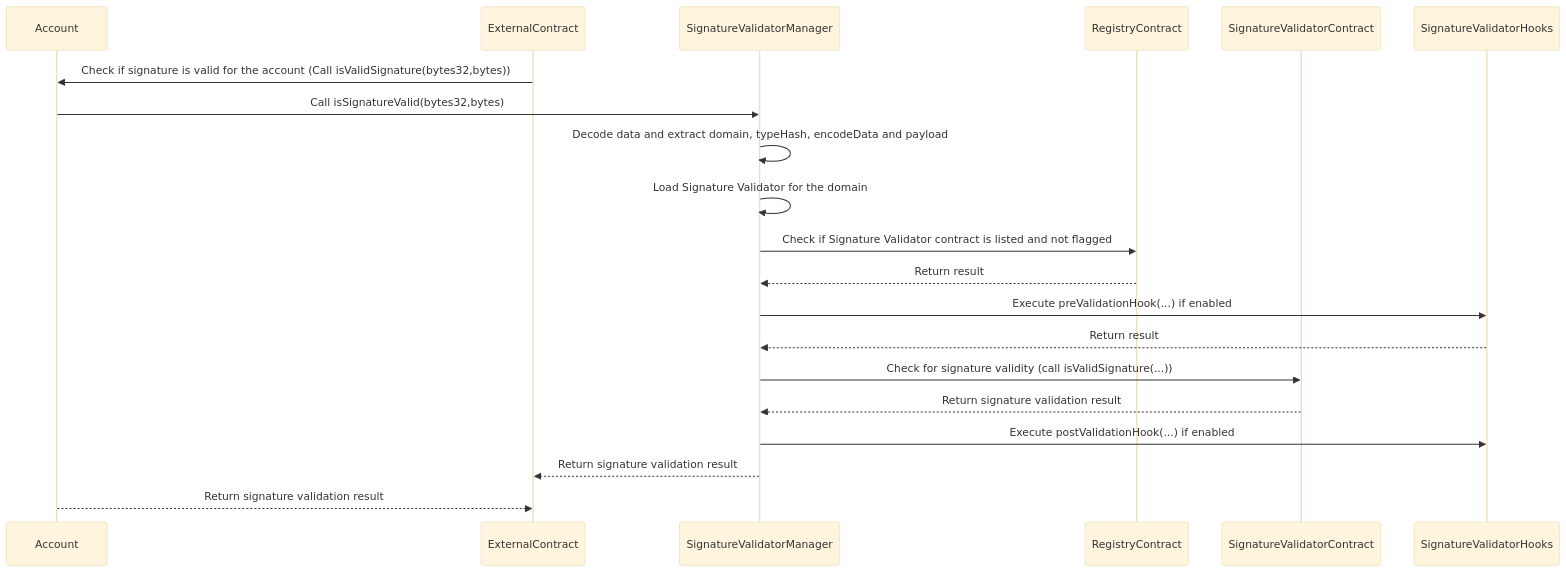
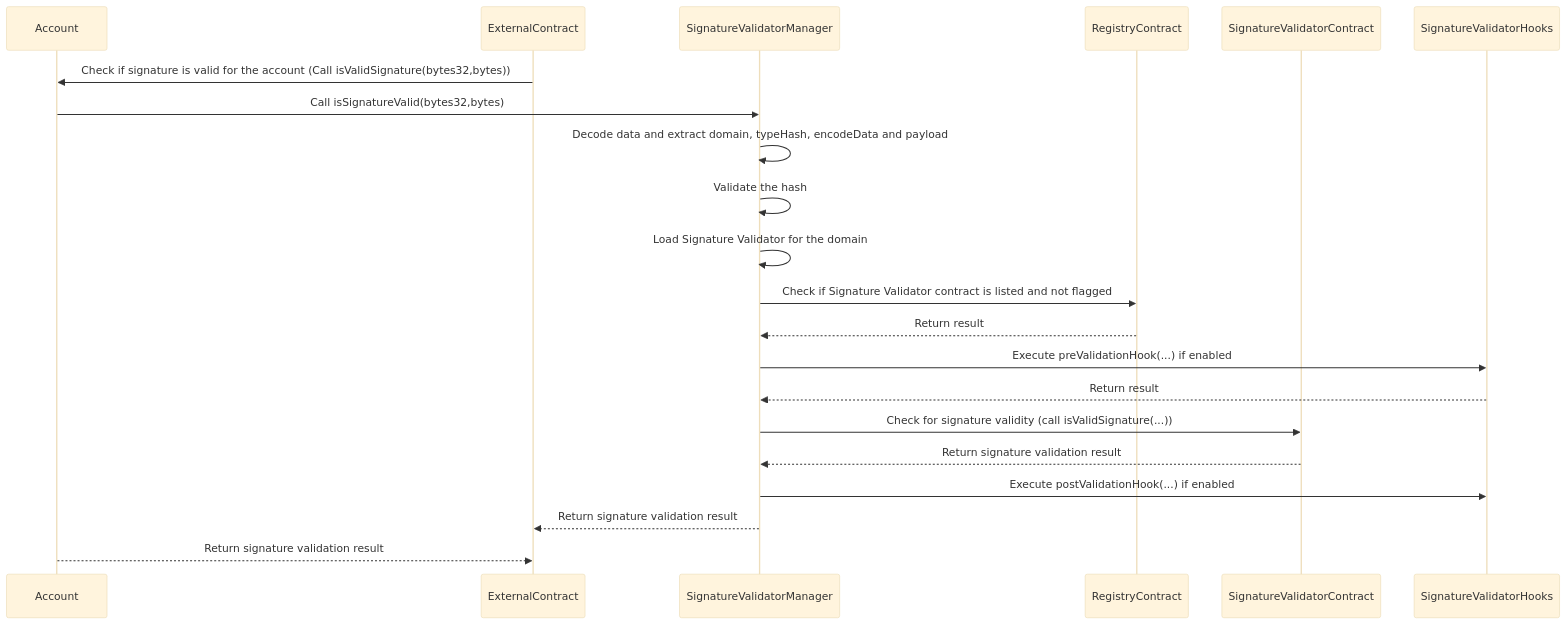
The second of 2 diagrams in modules/README.md (5afe/safe-core-protocol-specs), drawn with Mermaid (base theme) before and after one commit. The commit also changed other lines of this file, not shown here.

Commit message:
[#43] Add hash validation step

````diff
--- a/modules/README.md
+++ b/modules/README.md
@@ -167,24 +167,25 @@
 ```mermaid
 sequenceDiagram
 	participant Account
 	participant ExternalContract
 	participant SignatureValidatorManager
 	participant RegistryContract
 	participant SignatureValidatorContract
     participant SignatureValidatorHooks
 
 	ExternalContract->>Account: Check if signature is valid for the account (Call isValidSignature(bytes32,bytes))
     Account->>SignatureValidatorManager: Call isSignatureValid(bytes32,bytes)
     SignatureValidatorManager->>SignatureValidatorManager: Decode data and extract domain, typeHash, encodeData and payload
+    SignatureValidatorManager->>SignatureValidatorManager: Validate the hash
     SignatureValidatorManager->>SignatureValidatorManager: Load Signature Validator for the domain
 	SignatureValidatorManager->>RegistryContract: Check if Signature Validator contract is listed and not flagged
 	RegistryContract-->>SignatureValidatorManager: Return result
     SignatureValidatorManager->>SignatureValidatorHooks: Execute preValidationHook(...) if enabled
     SignatureValidatorHooks-->>SignatureValidatorManager: Return result
 
 	SignatureValidatorManager->>SignatureValidatorContract: Check for signature validity (call isValidSignature(...))
 	SignatureValidatorContract-->>SignatureValidatorManager: Return signature validation result
     SignatureValidatorManager->>SignatureValidatorHooks: Execute postValidationHook(...) if enabled
 	SignatureValidatorManager-->>ExternalContract: Return signature validation result
     Account-->>ExternalContract: Return signature validation result
 ```
````
